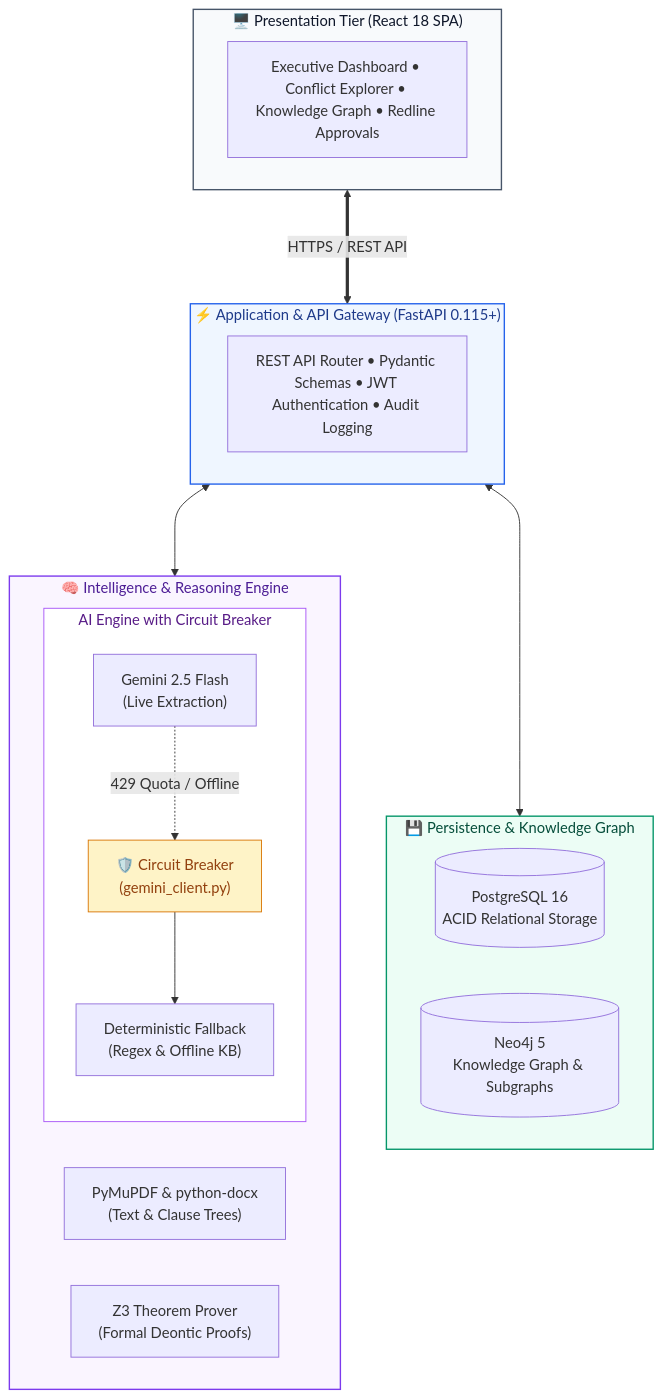
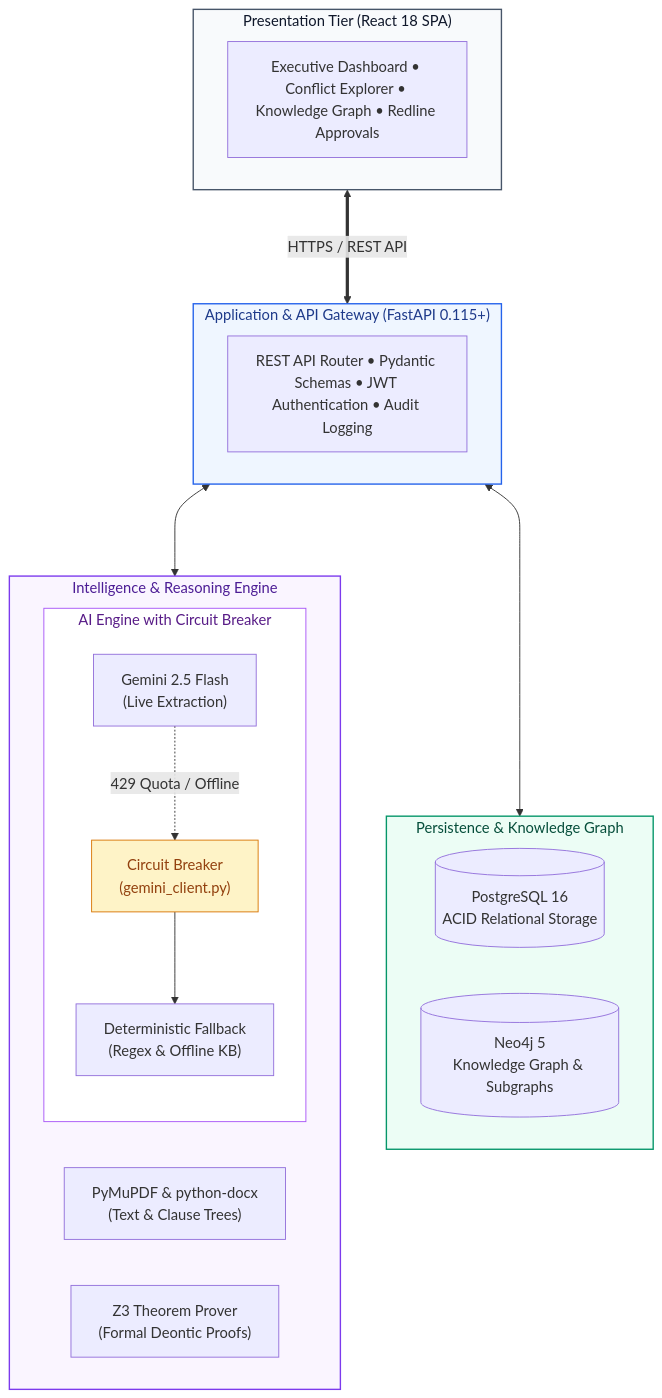
One commit to Sangamithraa077/PolicySentinel changed the first of 2 diagrams in README.md. Above: the diagram before and after it, drawn with Mermaid. The commit also changed other lines of this file, not shown here.

Commit message:
Refine system architecture and execution flow diagrams
Updated the presentation of the system architecture and execution flow diagrams in the README.

````diff
--- a/README.md
+++ b/README.md
@@ -35,41 +35,41 @@
 ```mermaid
 flowchart TD
-    subgraph Presentation["🖥️ Presentation Tier (React 18 SPA)"]
+    subgraph Presentation[" Presentation Tier (React 18 SPA)"]
         UI["Executive Dashboard • Conflict Explorer • Knowledge Graph • Redline Approvals"]
     end
 
-    subgraph Backend["⚡ Application & API Gateway (FastAPI 0.115+)"]
+    subgraph Backend[" Application & API Gateway (FastAPI 0.115+)"]
         API["REST API Router • Pydantic Schemas • JWT Authentication • Audit Logging"]
     end
 
-    subgraph Intelligence["🧠 Intelligence & Reasoning Engine"]
+    subgraph Intelligence[" Intelligence & Reasoning Engine"]
         direction LR
         PARSER["PyMuPDF & python-docx\n(Text & Clause Trees)"]
         
         subgraph AIService["AI Engine with Circuit Breaker"]
             LLM["Gemini 2.5 Flash\n(Live Extraction)"]
-            CB["🛡️ Circuit Breaker\n(gemini_client.py)"]
+            CB[" Circuit Breaker\n(gemini_client.py)"]
             LOCAL["Deterministic Fallback\n(Regex & Offline KB)"]
             LLM -.->|429 Quota / Offline| CB --> LOCAL
         end
         
         SOLVER["Z3 Theorem Prover\n(Formal Deontic Proofs)"]
     end
 
-    subgraph Storage["💾 Persistence & Knowledge Graph"]
+    subgraph Storage[" Persistence & Knowledge Graph"]
         direction LR
         DB[("PostgreSQL 16\nACID Relational Storage")]
         GRAPH[("Neo4j 5\nKnowledge Graph & Subgraphs")]
     end
 
     Presentation <===>|HTTPS / REST API| Backend
     Backend <---> Intelligence
     Backend <---> Storage
 
     style Presentation fill:#F8FAFC,stroke:#475569,stroke-width:1.5px,color:#0F172A
     style Backend fill:#EFF6FF,stroke:#2563EB,stroke-width:1.5px,color:#1E3A8A
     style Intelligence fill:#FAF5FF,stroke:#7C3AED,stroke-width:1.5px,color:#4C1D95
     style AIService fill:#FFFFFF,stroke:#A855F7,stroke-width:1px,color:#581C87
     style CB fill:#FEF3C7,stroke:#D97706,stroke-width:1px,color:#92400E
     style Storage fill:#ECFDF5,stroke:#059669,stroke-width:1.5px,color:#064E3B
 ```
````
